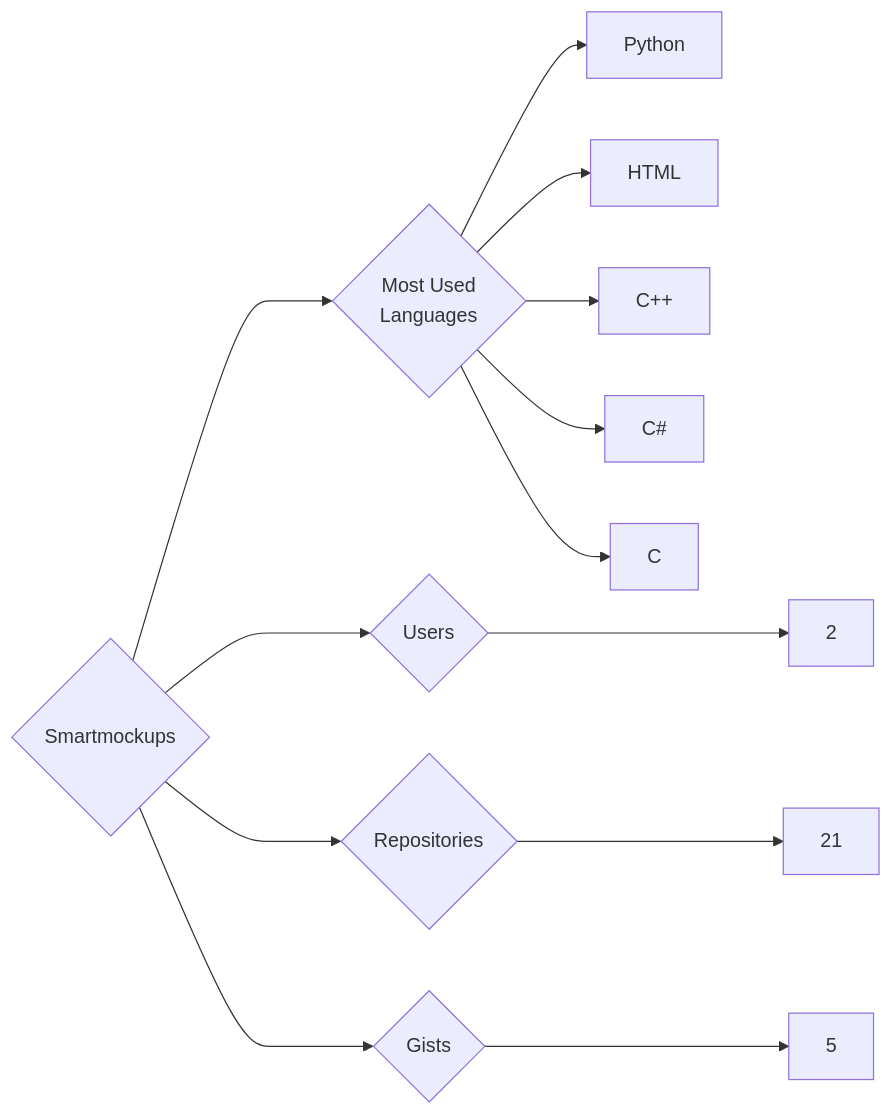
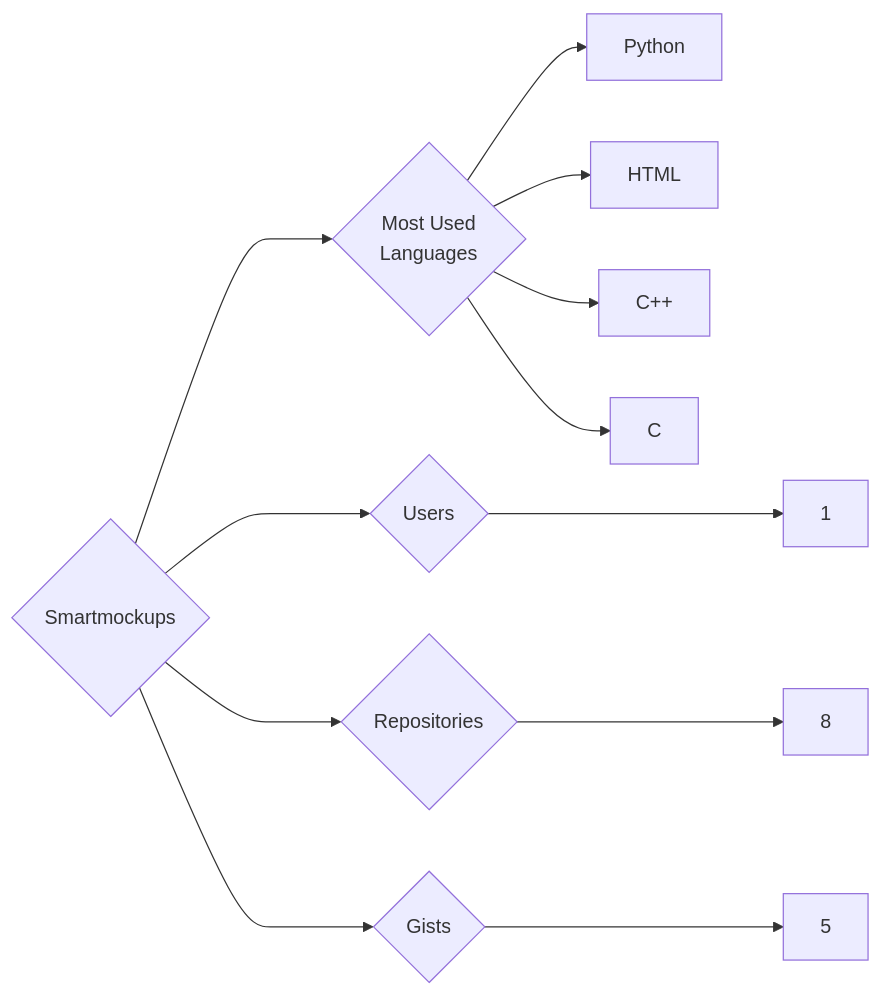
The diagram in targets/Smartmockups/README.md (trickest/insiders), drawn with Mermaid before and after one commit. The commit also changed 1508 other files, not shown here.

````diff
--- a/targets/Smartmockups/README.md
+++ b/targets/Smartmockups/README.md
@@ -3,13 +3,12 @@
 ```mermaid
 graph LR
 COMPANY_NAME{Smartmockups}
-COMPANY_NAME ---> U{Users} ---> UN[2]
-COMPANY_NAME ---> R{Repositories} ---> RN[21]
+COMPANY_NAME ---> U{Users} ---> UN[1]
+COMPANY_NAME ---> R{Repositories} ---> RN[8]
 COMPANY_NAME ---> G{Gists} ---> GN[5]
 COMPANY_NAME ---> ML{Most Used<br>Languages}
 ML --> Python[Python]
 ML --> HTML[HTML]
 ML --> C++[C++]
-ML --> C#[C#]
 ML --> C[C]
 ```
````
